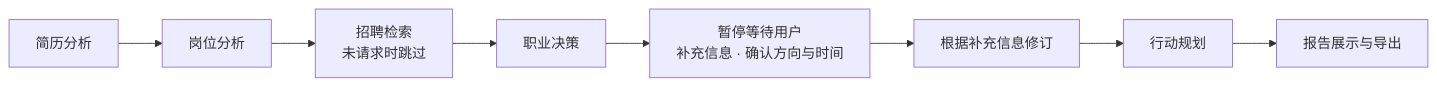
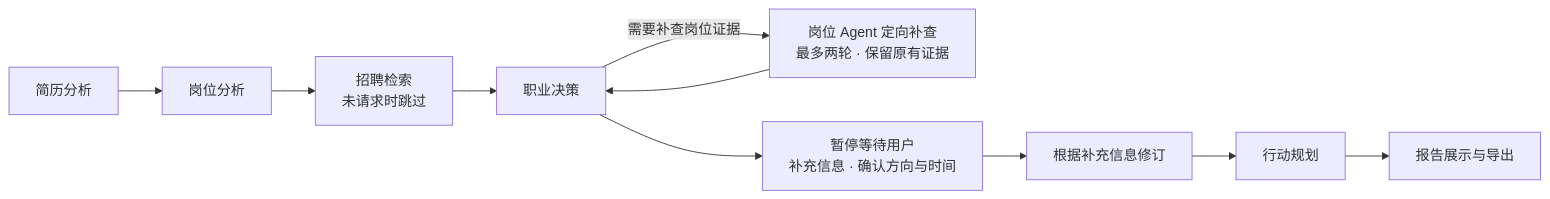
Before and after one commit to hankwang712/Career-Planning: the third of 3 diagrams in README.md, drawn with Mermaid. The commit also changed other lines of this file and 8 other files, not shown here.

````diff
--- a/README.md
+++ b/README.md
@@ -263,10 +263,12 @@
 ```mermaid
 flowchart LR
     A[简历分析] --> B[岗位分析]
     B --> C[招聘检索<br/>未请求时跳过]
     C --> D[职业决策]
+    D -->|需要补查岗位证据| I[岗位 Agent 定向补查<br/>最多两轮 · 保留原有证据]
+    I --> D
     D --> E[暂停等待用户<br/>补充信息 · 确认方向与时间]
     E --> F[根据补充信息修订]
     F --> G[行动规划]
     G --> H[报告展示与导出]
 ```
````
